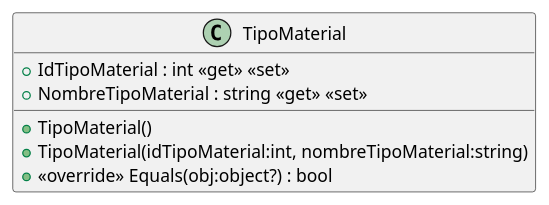
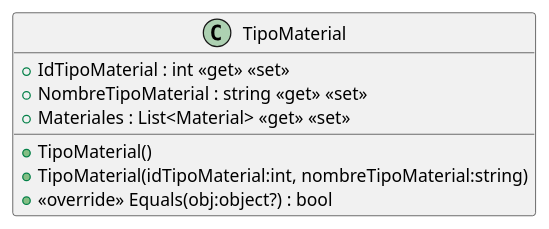
Before and after one commit to ISII2627CDGJ/ISII2627CDG: the diagram in src/AppForSEII.API/ClassDiagram/src/AppForSEII.API/Models/TipoMaterial.puml, drawn with PlantUML. The commit also changed 9 other files, not shown here.

```diff
--- a/src/AppForSEII.API/ClassDiagram/src/AppForSEII.API/Models/TipoMaterial.puml
+++ b/src/AppForSEII.API/ClassDiagram/src/AppForSEII.API/Models/TipoMaterial.puml
@@ -1,9 +1,10 @@
 @startuml
 class TipoMaterial {
     + IdTipoMaterial : int <<get>> <<set>>
     + NombreTipoMaterial : string <<get>> <<set>>
+    + Materiales : List<Material> <<get>> <<set>>
     + TipoMaterial()
     + TipoMaterial(idTipoMaterial:int, nombreTipoMaterial:string)
     + <<override>> Equals(obj:object?) : bool
 }
 @enduml
```
